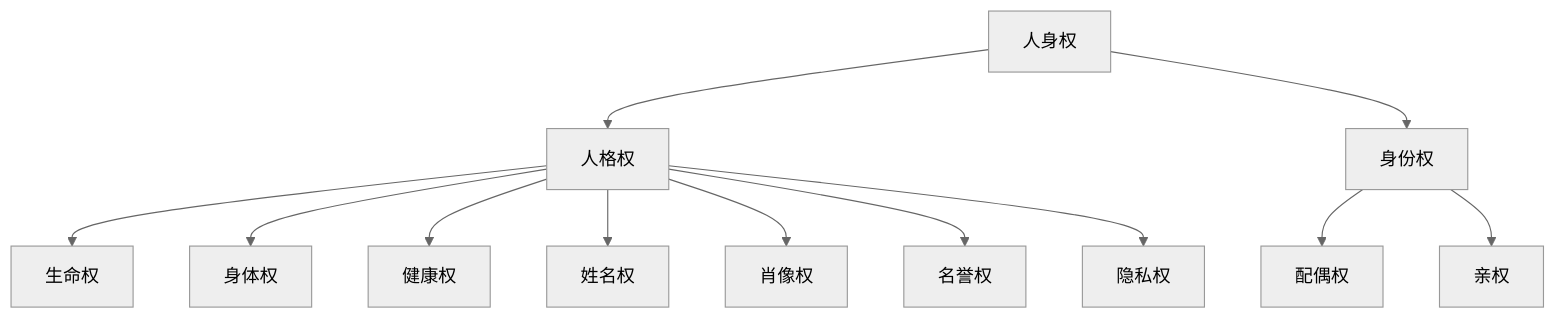
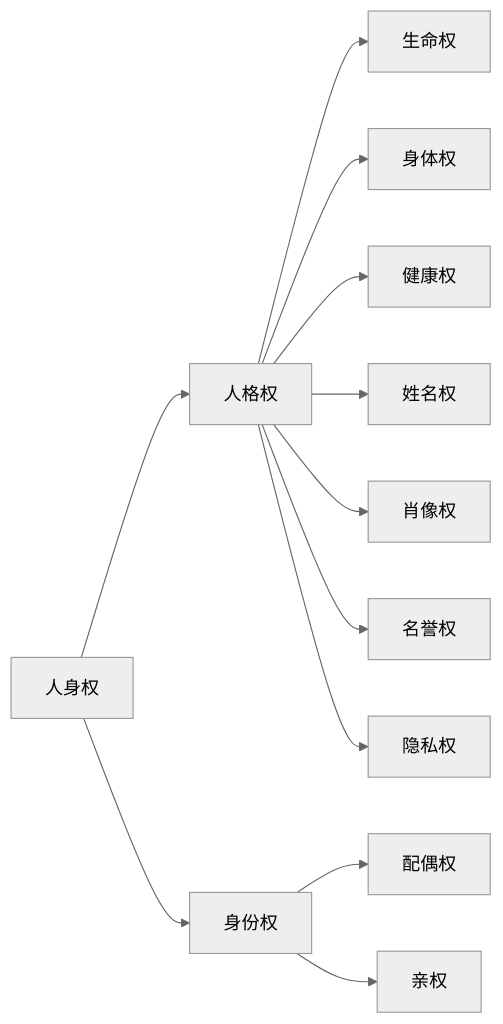
One commit to emary3399/obsidian_note changed the first of 4 diagrams in emary/公基/法律/民法/4.民事权利/5.人身权.md. Above: the diagram before and after it, drawn with Mermaid (neutral theme).

````diff
--- a/emary/公基/法律/民法/4.民事权利/5.人身权.md
+++ b/emary/公基/法律/民法/4.民事权利/5.人身权.md
@@ -3,14 +3,15 @@
 ```mermaid
-graph TD
-    A[人身权] --> B[人格权]
-    A --> C[身份权]
-    B --> B1[生命权]
-    B --> B2[身体权]
-    B --> B3[健康权]
-    B --> B4[姓名权]
-    B --> B5[肖像权]
-    B --> B6[名誉权]
-    B --> B7[隐私权]
-    C --> C1[配偶权]
-    C --> C2[亲权]
+graph LR
+A[人身权] --> B[人格权]
+A --> C[身份权]
+B --> B1[生命权]
+B --> B2[身体权]
+B --> B3[健康权]
+B --> B4[姓名权]
+B --> B5[肖像权]
+B --> B6[名誉权]
+B --> B7[隐私权]
+C --> C1[配偶权]
+C --> C2[亲权]
+
 ```
````
